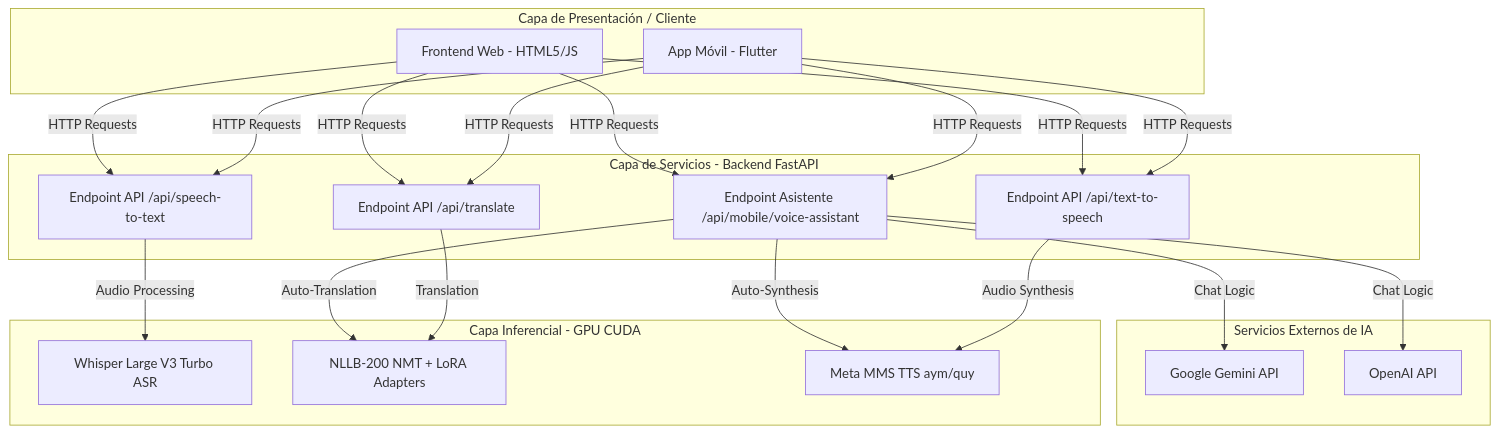
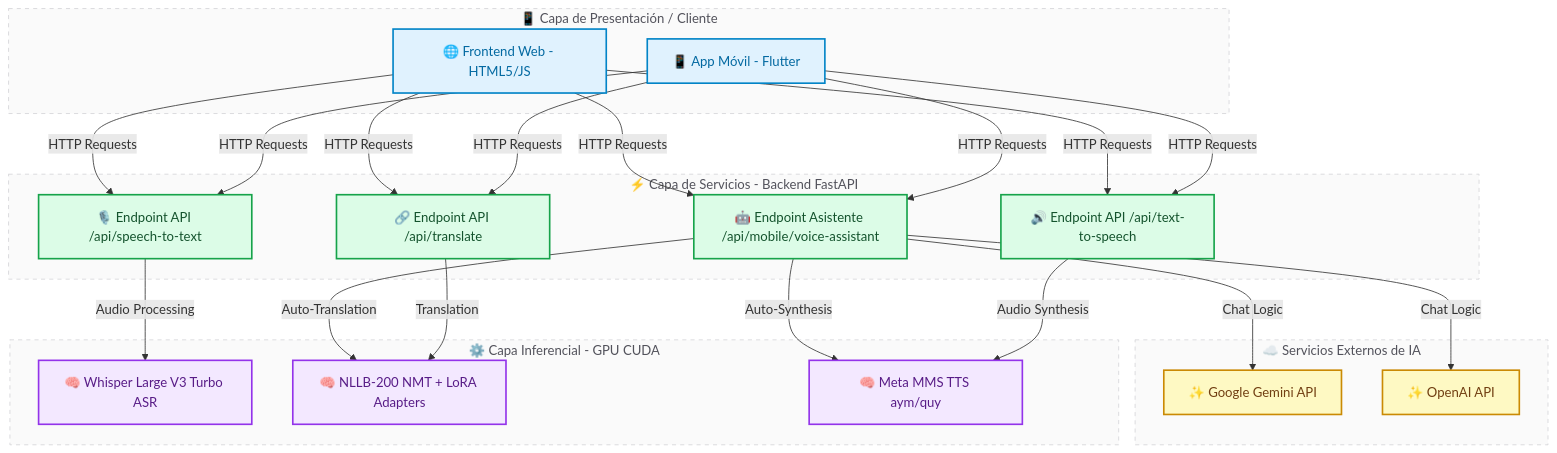
Before and after one commit to jhanslarico11/Perfil-de-Egreso: the first of 2 diagrams in docs/BraynerAnibalMamaniCalcina/entregable1.md, drawn with Mermaid. The commit also changed other lines of this file, not shown here.

````diff
--- a/docs/BraynerAnibalMamaniCalcina/entregable1.md
+++ b/docs/BraynerAnibalMamaniCalcina/entregable1.md
@@ -58,33 +62,42 @@
 ```mermaid
 flowchart TD
-    subgraph Capa_de_Presentacion [Capa de Presentación / Cliente]
-        A[App Móvil - Flutter]
-        B[Frontend Web - HTML5/JS]
+    %% Define color classes for components (supporting light/dark themes)
+    classDef client fill:#e0f2fe,stroke:#0284c7,stroke-width:2px,color:#0369a1;
+    classDef service fill:#dcfce7,stroke:#16a34a,stroke-width:2px,color:#14532d;
+    classDef localModel fill:#f3e8ff,stroke:#9333ea,stroke-width:2px,color:#581c87;
+    classDef extApi fill:#fef9c3,stroke:#ca8a04,stroke-width:2px,color:#713f12;
+    classDef subg fill:#fafafa,stroke:#d4d4d8,stroke-width:1px,stroke-dasharray: 5 5,color:#52525b;
+
+    subgraph Capa_de_Presentacion [📱 Capa de Presentación / Cliente]
+        A[📱 App Móvil - Flutter]:::client
+        B[🌐 Frontend Web - HTML5/JS]:::client
     end
 
-    subgraph Capa_de_Servicios [Capa de Servicios - Backend FastAPI]
-        C[Endpoint API /api/translate]
-        D[Endpoint API /api/speech-to-text]
-        E[Endpoint API /api/text-to-speech]
-        F[Endpoint Asistente /api/mobile/voice-assistant]
+    subgraph Capa_de_Servicios [⚡ Capa de Servicios - Backend FastAPI]
+        C[🔗 Endpoint API /api/translate]:::service
+        D[🎙️ Endpoint API /api/speech-to-text]:::service
+        E[🔊 Endpoint API /api/text-to-speech]:::service
+        F[🤖 Endpoint Asistente /api/mobile/voice-assistant]:::service
     end
 
-    subgraph Capa_de_Modelos_locales [Capa Inferencial - GPU CUDA]
-        G[Whisper Large V3 Turbo ASR]
-        H[NLLB-200 NMT + LoRA Adapters]
-        I[Meta MMS TTS aym/quy]
+    subgraph Capa_de_Modelos_locales [⚙️ Capa Inferencial - GPU CUDA]
+        G[🧠 Whisper Large V3 Turbo ASR]:::localModel
+        H[🧠 NLLB-200 NMT + LoRA Adapters]:::localModel
+        I[🧠 Meta MMS TTS aym/quy]:::localModel
     end
 
-    subgraph Capa_de_APIs_Externas [Servicios Externos de IA]
-        J[Google Gemini API]
-        K[OpenAI API]
+    subgraph Capa_de_APIs_Externas [☁️ Servicios Externos de IA]
+        J[✨ Google Gemini API]:::extApi
+        K[✨ OpenAI API]:::extApi
     end
 
     A & B -->|HTTP Requests| C & D & E & F
     D -->|Audio Processing| G
     C -->|Translation| H
     E -->|Audio Synthesis| I
     F -->|Chat Logic| J & K
     F -->|Auto-Translation| H
     F -->|Auto-Synthesis| I
+
+    class Capa_de_Presentacion,Capa_de_Servicios,Capa_de_Modelos_locales,Capa_de_APIs_Externas subg;
 ```
````
